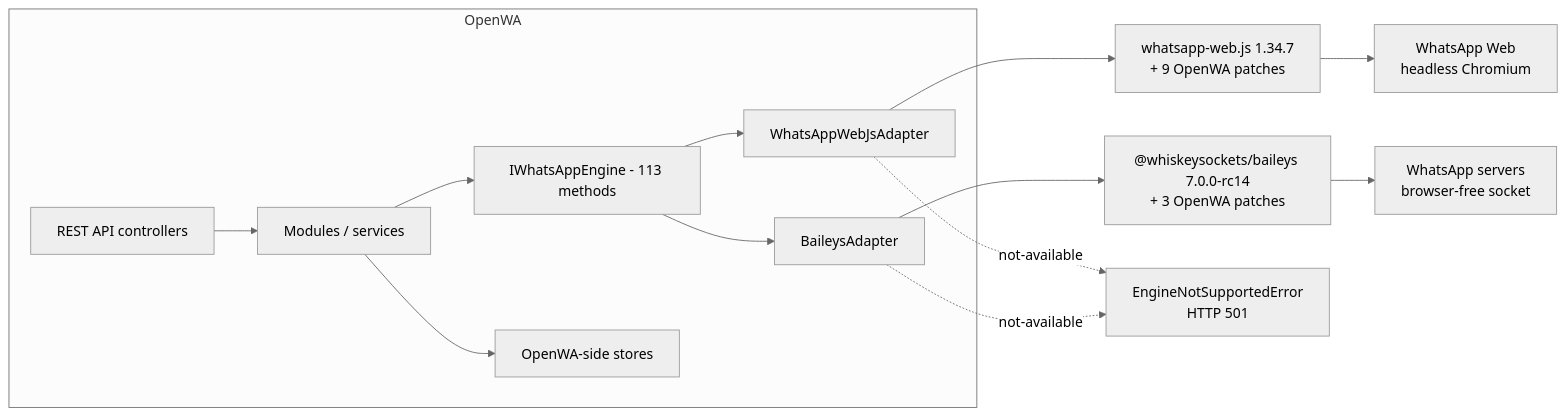
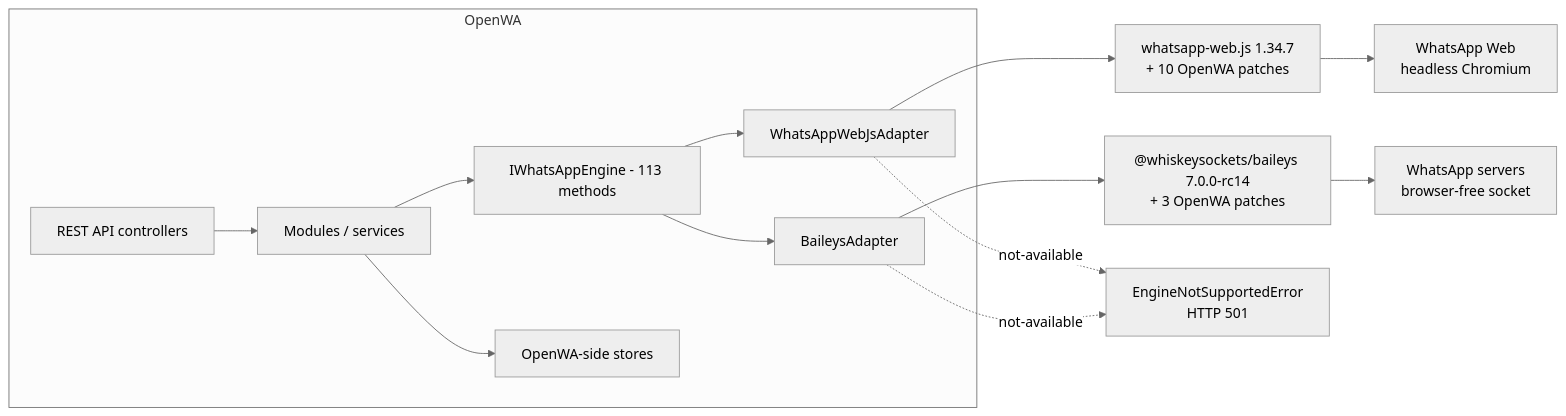
The first of 2 diagrams in docs/29-engine-capability-matrix.md (AM-2R/OpenWA), drawn with Mermaid (neutral theme) before and after one commit. The commit also changed other lines of this file and 16 other files, not shown here.

````diff
--- a/docs/29-engine-capability-matrix.md
+++ b/docs/29-engine-capability-matrix.md
@@ -44,16 +44,16 @@
 ```mermaid
 flowchart LR
     subgraph OpenWA["OpenWA"]
         API["REST API controllers"] --> SVC["Modules / services"]
         SVC --> IF["IWhatsAppEngine - 113 methods"]
         IF --> WA["WhatsAppWebJsAdapter"]
         IF --> BA["BaileysAdapter"]
         SVC --> STORE["OpenWA-side stores"]
     end
-    WA --> WLIB["whatsapp-web.js 1.34.7<br/>+ 9 OpenWA patches"]
+    WA --> WLIB["whatsapp-web.js 1.34.7<br/>+ 10 OpenWA patches"]
     BA --> BLIB["@whiskeysockets/baileys 7.0.0-rc14<br/>+ 3 OpenWA patches"]
     WLIB --> WEB["WhatsApp Web<br/>headless Chromium"]
     BLIB --> WAS["WhatsApp servers<br/>browser-free socket"]
     WA -.->|"not-available"| E["EngineNotSupportedError<br/>HTTP 501"]
     BA -.->|"not-available"| E
 ```
````
